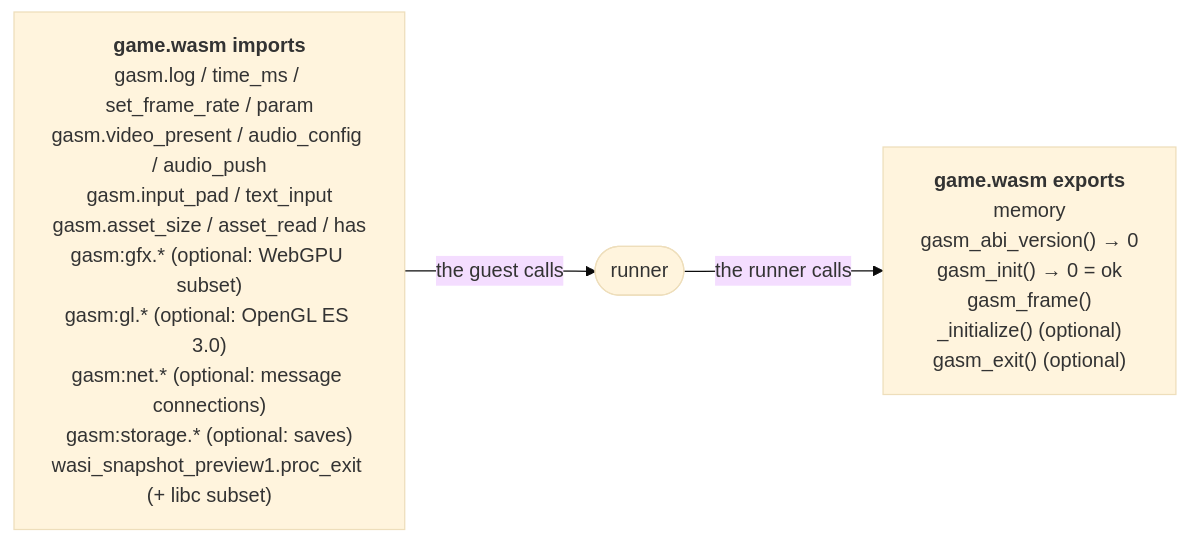
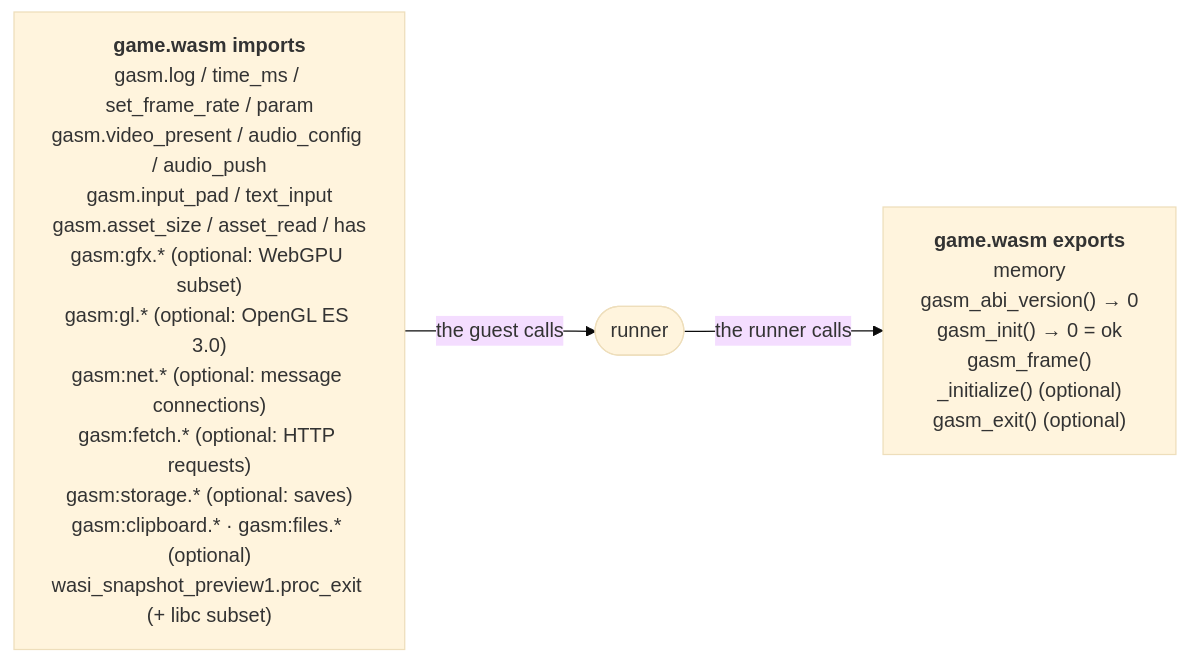
Before and after one commit to emdzej/gasm: the second of 9 diagrams in site/docs/how-it-works.md, drawn with Mermaid (base theme). The commit also changed other lines of this file and 3 other files, not shown here.

````diff
--- a/site/docs/how-it-works.md
+++ b/site/docs/how-it-works.md
@@ -45,8 +45,8 @@
 ```mermaid
 flowchart LR
-  imp["<b>game.wasm imports</b><br/>gasm.log / time_ms / set_frame_rate / param<br/>gasm.video_present / audio_config / audio_push<br/>gasm.input_pad / text_input<br/>gasm.asset_size / asset_read / has<br/>gasm:gfx.* (optional: WebGPU subset)<br/>gasm:gl.* (optional: OpenGL ES 3.0)<br/>gasm:net.* (optional: message connections)<br/>gasm:storage.* (optional: saves)<br/>wasi_snapshot_preview1.proc_exit (+ libc subset)"]
+  imp["<b>game.wasm imports</b><br/>gasm.log / time_ms / set_frame_rate / param<br/>gasm.video_present / audio_config / audio_push<br/>gasm.input_pad / text_input<br/>gasm.asset_size / asset_read / has<br/>gasm:gfx.* (optional: WebGPU subset)<br/>gasm:gl.* (optional: OpenGL ES 3.0)<br/>gasm:net.* (optional: message connections)<br/>gasm:fetch.* (optional: HTTP requests)<br/>gasm:storage.* (optional: saves)<br/>gasm:clipboard.* · gasm:files.* (optional)<br/>wasi_snapshot_preview1.proc_exit (+ libc subset)"]
   runner(["runner"])
   exp["<b>game.wasm exports</b><br/>memory<br/>gasm_abi_version() → 0<br/>gasm_init() → 0 = ok<br/>gasm_frame()<br/>_initialize() (optional)<br/>gasm_exit() (optional)"]
   imp -- "the guest calls" --> runner
   runner -- "the runner calls" --> exp
 ```
````
